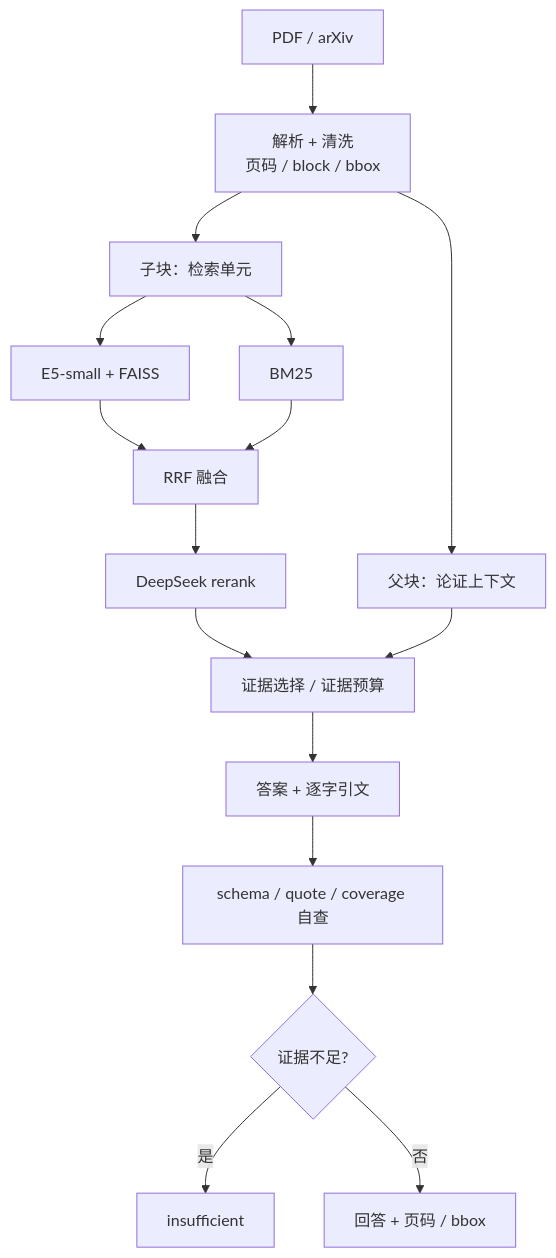
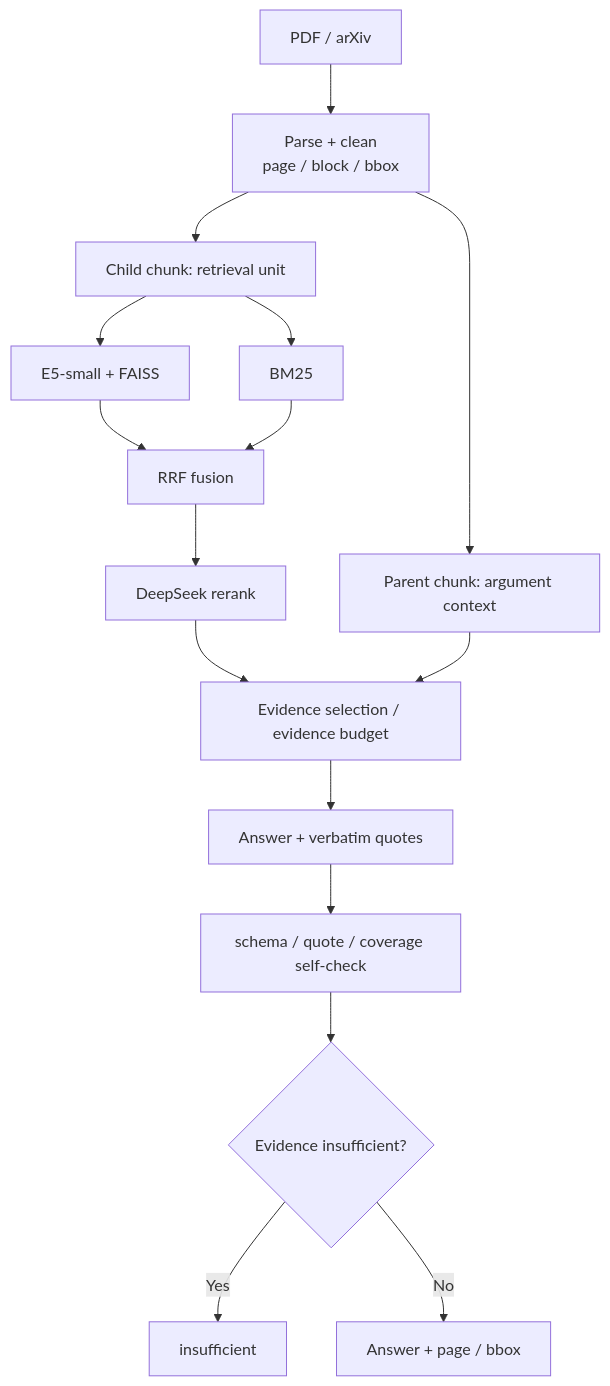
The first of 2 diagrams in README.md (jmlistening/paperlens), drawn with Mermaid before and after one commit. The commit also changed other lines of this file and 2 other files, not shown here.

````diff
--- a/README.md
+++ b/README.md
@@ -77,18 +81,18 @@
 ```mermaid
 flowchart TD
-    PDF[PDF / arXiv] --> Parse[解析 + 清洗<br/>页码 / block / bbox]
-    Parse --> Parent[父块：论证上下文]
-    Parse --> Child[子块：检索单元]
+    PDF[PDF / arXiv] --> Parse[Parse + clean<br/>page / block / bbox]
+    Parse --> Parent[Parent chunk: argument context]
+    Parse --> Child[Child chunk: retrieval unit]
     Child --> E5[E5-small + FAISS]
     Child --> BM25[BM25]
-    E5 --> RRF[RRF 融合]
+    E5 --> RRF[RRF fusion]
     BM25 --> RRF
     RRF --> Rerank[DeepSeek rerank]
-    Rerank --> Evidence[证据选择 / 证据预算]
+    Rerank --> Evidence[Evidence selection / evidence budget]
     Parent --> Evidence
-    Evidence --> Answer[答案 + 逐字引文]
-    Answer --> Check[schema / quote / coverage 自查]
-    Check --> Refuse{证据不足?}
-    Refuse -->|是| Insufficient[insufficient]
-    Refuse -->|否| Output[回答 + 页码 / bbox]
+    Evidence --> Answer[Answer + verbatim quotes]
+    Answer --> Check[schema / quote / coverage self-check]
+    Check --> Refuse{Evidence insufficient?}
+    Refuse -->|Yes| Insufficient[insufficient]
+    Refuse -->|No| Output[Answer + page / bbox]
 ```
````
